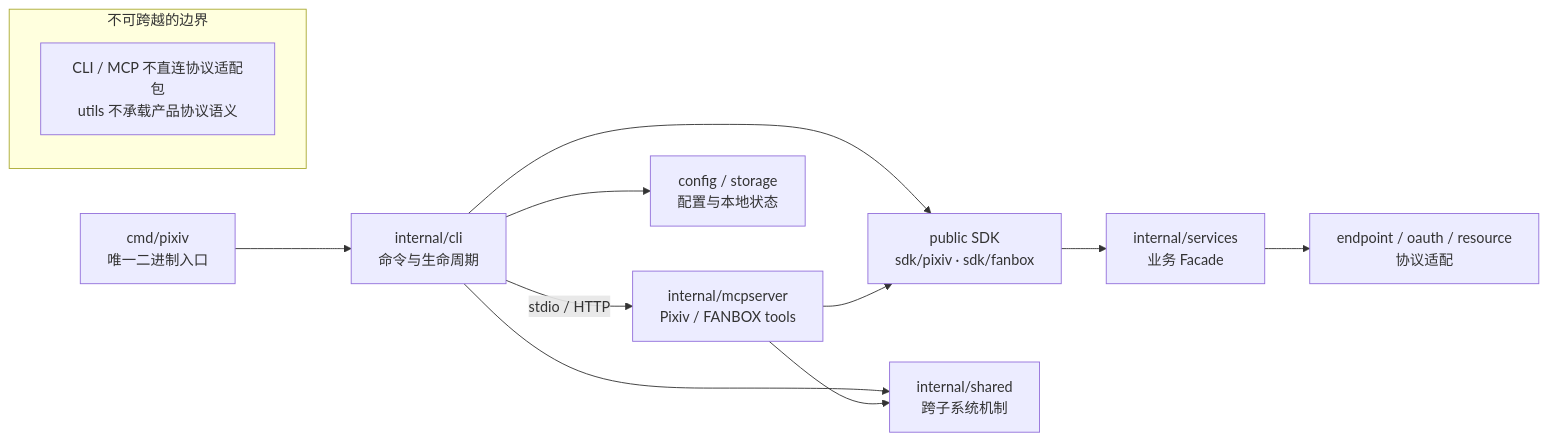
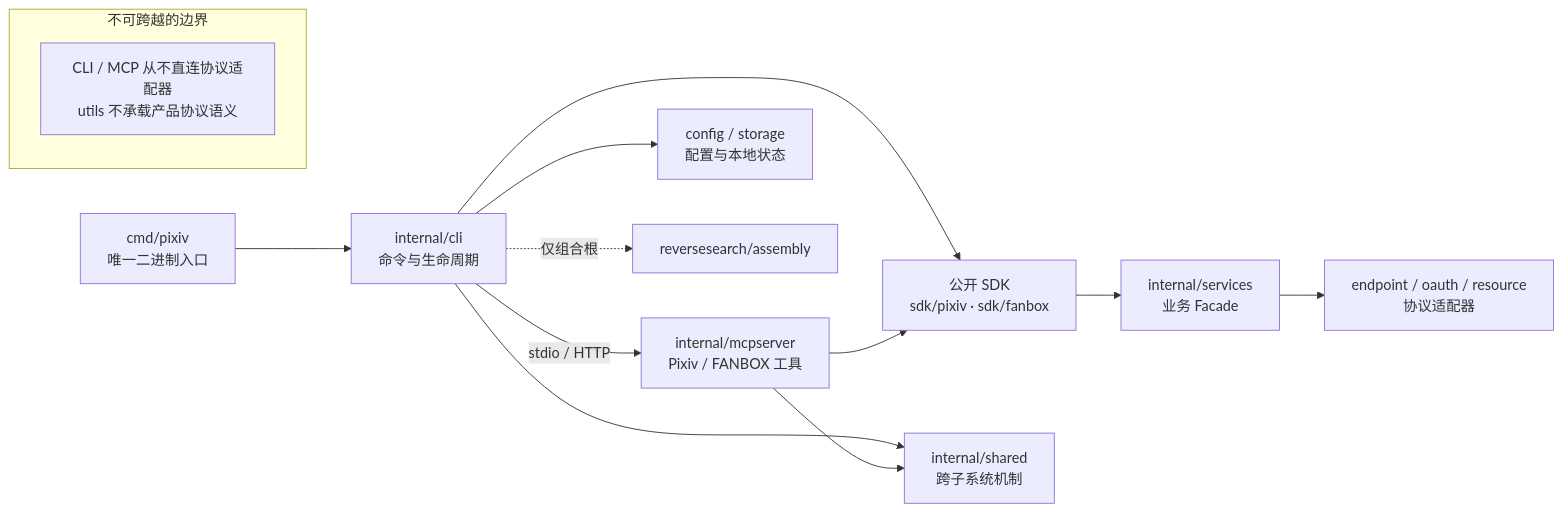
The first of 5 diagrams in docs/zh-CN/maintainers/architecture.md (FlanChanXwO/pixiv-cli), drawn with Mermaid before and after one commit. The commit also changed other lines of this file and 29 other files, not shown here.

First line of the commit message:
docs: restructure documentation around diagrams and tables (#154)

````diff
--- a/docs/zh-CN/maintainers/architecture.md
+++ b/docs/zh-CN/maintainers/architecture.md
@@ -5,16 +5,17 @@
 ```mermaid
 flowchart LR
     ENTRY["cmd/pixiv<br/>唯一二进制入口"] --> CLI["internal/cli<br/>命令与生命周期"]
-    CLI -->|"stdio / HTTP"| MCP["internal/mcpserver<br/>Pixiv / FANBOX tools"]
-    CLI --> SDK["public SDK<br/>sdk/pixiv · sdk/fanbox"]
+    CLI -->|"stdio / HTTP"| MCP["internal/mcpserver<br/>Pixiv / FANBOX 工具"]
+    CLI --> SDK["公开 SDK<br/>sdk/pixiv · sdk/fanbox"]
     MCP --> SDK
     SDK --> FACADE["internal/services<br/>业务 Facade"]
-    FACADE --> ADAPTER["endpoint / oauth / resource<br/>协议适配"]
+    FACADE --> ADAPTER["endpoint / oauth / resource<br/>协议适配器"]
     CLI --> SHARED["internal/shared<br/>跨子系统机制"]
     MCP --> SHARED
     CLI --> STATE["config / storage<br/>配置与本地状态"]
+    CLI -.->|"仅组合根"| RSA["reversesearch/assembly"]
 
     subgraph boundary["不可跨越的边界"]
-        RULE["CLI / MCP 不直连协议适配包<br/>utils 不承载产品协议语义"]
+        RULE["CLI / MCP 从不直连协议适配器<br/>utils 不承载产品协议语义"]
     end
 ```
````
